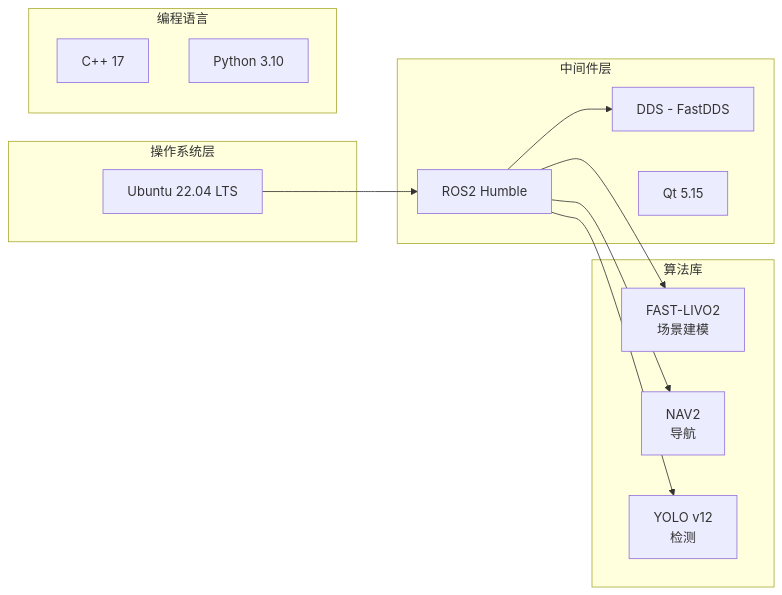
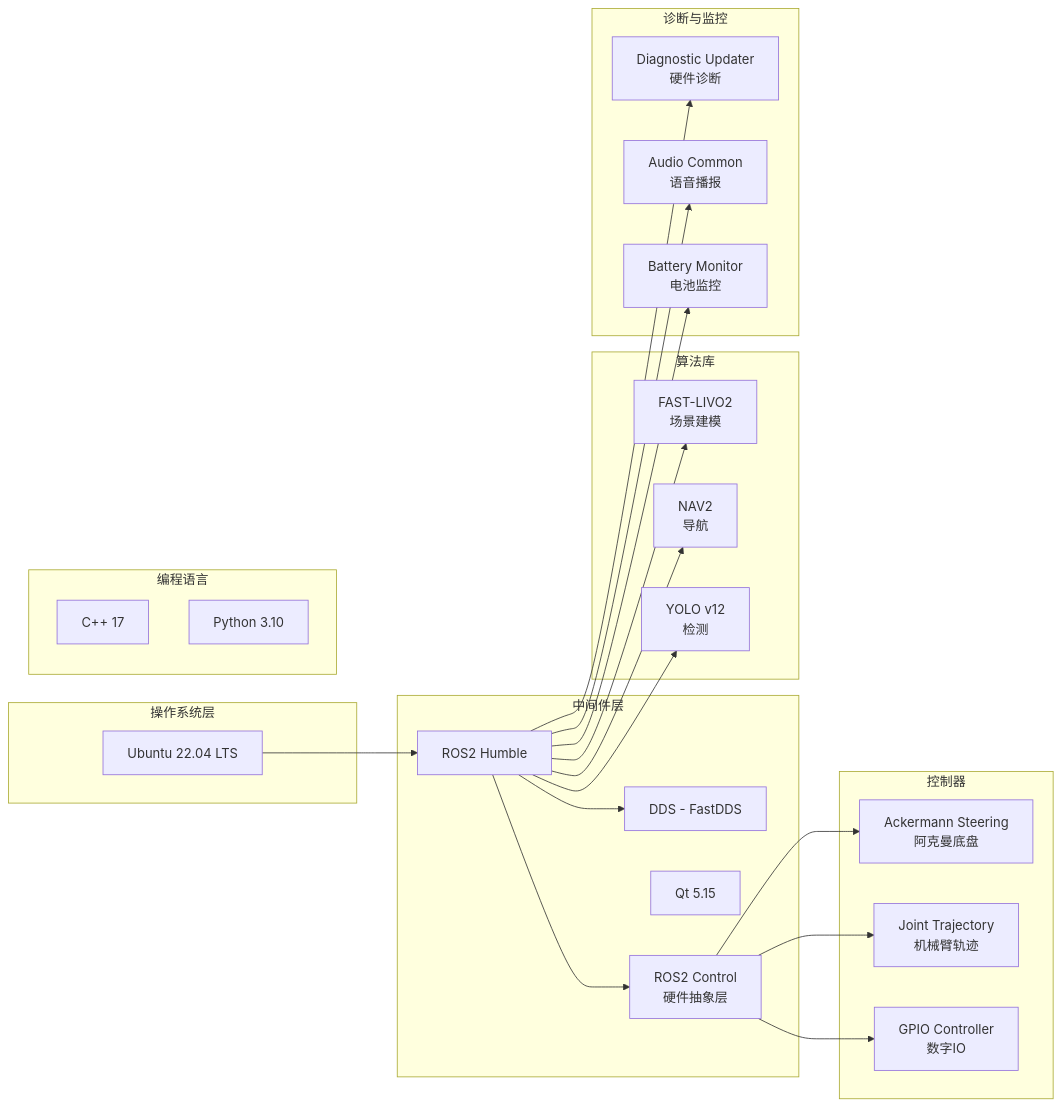
One commit to wsxq2/epoxybot changed the second of 15 diagrams in docs/03_系统架构设计.md. Above: the diagram before and after it, drawn with Mermaid. The commit also changed other lines of this file and 4 other files, not shown here.

````diff
--- a/docs/03_系统架构设计.md
+++ b/docs/03_系统架构设计.md
@@ -72,29 +85,45 @@
 ```mermaid
 graph LR
     subgraph "操作系统层"
         OS[Ubuntu 22.04 LTS]
     end
     
     subgraph "中间件层"
         MW1[ROS2 Humble]
         MW2[DDS - FastDDS]
         MW3[Qt 5.15]
+        MW4[ROS2 Control<br/>硬件抽象层]
     end
     
     subgraph "算法库"
         ALG1[FAST-LIVO2<br/>场景建模]
         ALG2[NAV2<br/>导航]
         ALG3[YOLO v12<br/>检测]
+    end
+    
+    subgraph "控制器"
+        CTRL1[Ackermann Steering<br/>阿克曼底盘]
+        CTRL2[Joint Trajectory<br/>机械臂轨迹]
+        CTRL3[GPIO Controller<br/>数字IO]
+    end
+    
+    subgraph "诊断与监控"
+        DIAG1[Diagnostic Updater<br/>硬件诊断]
+        DIAG2[Audio Common<br/>语音播报]
+        DIAG3[Battery Monitor<br/>电池监控]
     end
     
     subgraph "编程语言"
         LANG1[C++ 17]
         LANG2[Python 3.10]
     end
     
     OS --> MW1
     MW1 --> MW2
+    MW1 --> MW4
+    MW4 --> CTRL1 & CTRL2 & CTRL3
     MW1 --> ALG1
     MW1 --> ALG2
     MW1 --> ALG3
+    MW1 --> DIAG1 & DIAG2 & DIAG3
 ```
````
